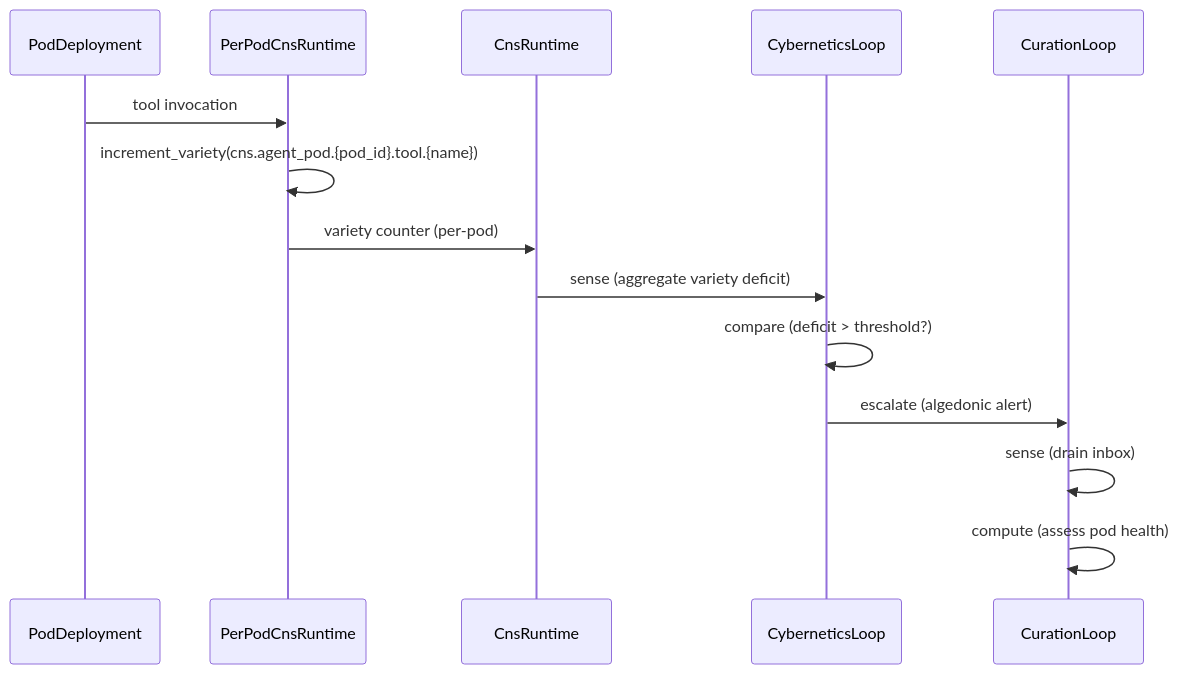
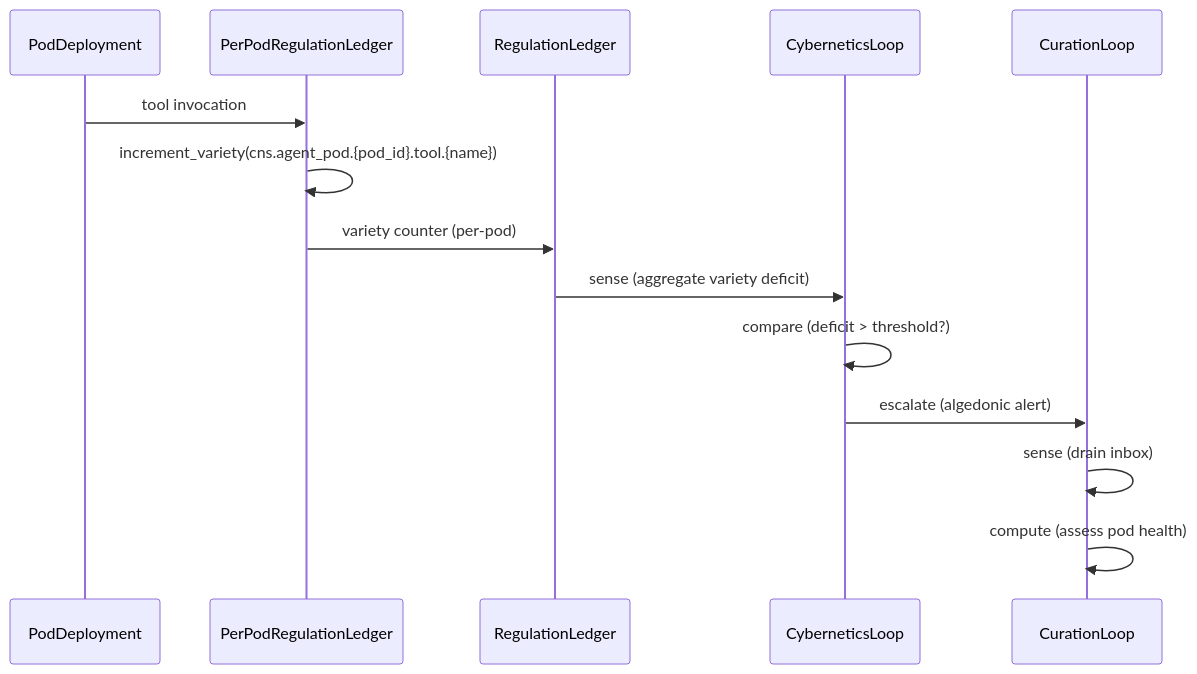
One commit to mdz-axo/hKask changed the sixth of 6 diagrams in docs/architecture/core/toyota-kata-cybernetic-mapping.md. Above: the diagram before and after it, drawn with Mermaid. The commit also changed other lines of this file and 35 other files, not shown here.

First line of the commit message:
document update - name change cns to regulationRename CNS types to regulation terminology in docs

````diff
--- a/docs/architecture/core/toyota-kata-cybernetic-mapping.md
+++ b/docs/architecture/core/toyota-kata-cybernetic-mapping.md
@@ -399,17 +399,17 @@
 ```mermaid
 sequenceDiagram
     participant PD as PodDeployment
-    participant PCNS as PerPodCnsRuntime
-    participant CR as CnsRuntime
+    participant PCNS as PerPodRegulationLedger
+    participant CR as RegulationLedger
     participant CL as CyberneticsLoop
     participant CUL as CurationLoop
 
     PD->>PCNS: tool invocation
     PCNS->>PCNS: increment_variety(cns.agent_pod.{pod_id}.tool.{name})
     PCNS->>CR: variety counter (per-pod)
     CR->>CL: sense (aggregate variety deficit)
     CL->>CL: compare (deficit > threshold?)
     CL->>CUL: escalate (algedonic alert)
     CUL->>CUL: sense (drain inbox)
     CUL->>CUL: compute (assess pod health)
 ```
````
